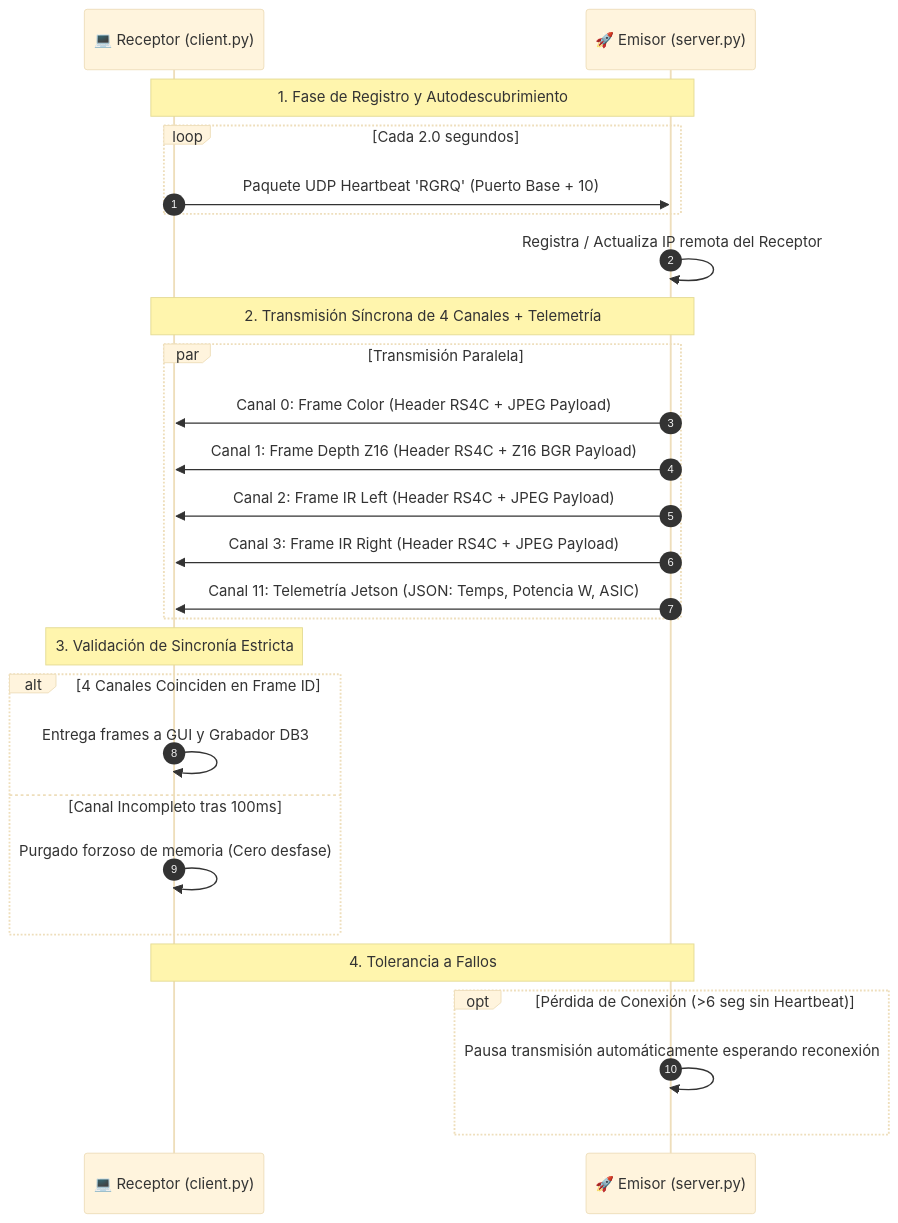
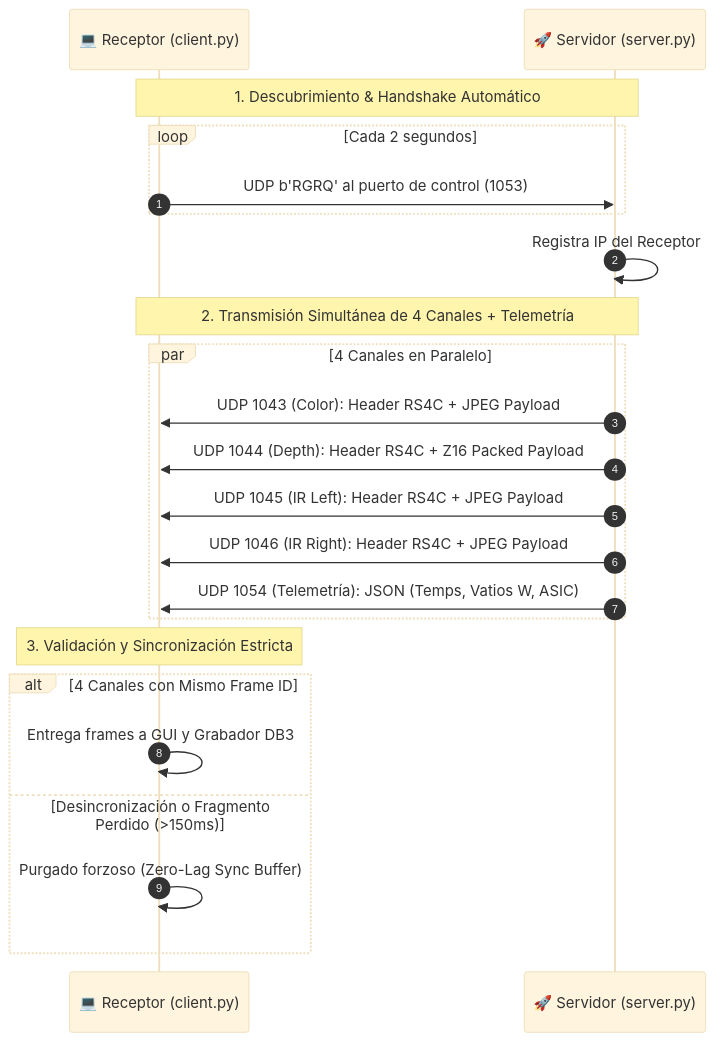
One commit to MangoTangoPea/Formato-RTSP-Jetson changed the second of 5 diagrams in README.md. Above: the diagram before and after it, drawn with Mermaid (base theme). The commit also changed other lines of this file, not shown here.

Commit message:
docs: rewrite README to include comprehensive installation, execution, and architectural documentation.

````diff
--- a/README.md
+++ b/README.md
@@ -98,33 +165,28 @@
 ```mermaid
 sequenceDiagram
     autonumber
     participant R as 💻 Receptor (client.py)
-    participant E as 🚀 Emisor (server.py)
+    participant S as 🚀 Servidor (server.py)
 
-    Note over R,E: 1. Fase de Registro y Autodescubrimiento
-    loop Cada 2.0 segundos
-        R->>E: Paquete UDP Heartbeat 'RGRQ' (Puerto Base + 10)
+    Note over R,S: 1. Descubrimiento & Handshake Automático
+    loop Cada 2 segundos
+        R->>S: UDP b'RGRQ' al puerto de control (1053)
     end
-    E->>E: Registra / Actualiza IP remota del Receptor
+    S->>S: Registra IP del Receptor
 
-    Note over R,E: 2. Transmisión Síncrona de 4 Canales + Telemetría
-    par Transmisión Paralela
-        E->>R: Canal 0: Frame Color (Header RS4C + JPEG Payload)
-        E->>R: Canal 1: Frame Depth Z16 (Header RS4C + Z16 BGR Payload)
-        E->>R: Canal 2: Frame IR Left (Header RS4C + JPEG Payload)
-        E->>R: Canal 3: Frame IR Right (Header RS4C + JPEG Payload)
-        E->>R: Canal 11: Telemetría Jetson (JSON: Temps, Potencia W, ASIC)
+    Note over R,S: 2. Transmisión Simultánea de 4 Canales + Telemetría
+    par 4 Canales en Paralelo
+        S->>R: UDP 1043 (Color): Header RS4C + JPEG Payload
+        S->>R: UDP 1044 (Depth): Header RS4C + Z16 Packed Payload
+        S->>R: UDP 1045 (IR Left): Header RS4C + JPEG Payload
+        S->>R: UDP 1046 (IR Right): Header RS4C + JPEG Payload
+        S->>R: UDP 1054 (Telemetría): JSON (Temps, Vatios W, ASIC)
     end
 
-    Note over R: 3. Validación de Sincronía Estricta
-    alt 4 Canales Coinciden en Frame ID
+    Note over R: 3. Validación y Sincronización Estricta
+    alt 4 Canales con Mismo Frame ID
         R->>R: Entrega frames a GUI y Grabador DB3
-    else Canal Incompleto tras 100ms
-        R->>R: Purgado forzoso de memoria (Cero desfase)
-    end
-
-    Note over R,E: 4. Tolerancia a Fallos
-    opt Pérdida de Conexión (>6 seg sin Heartbeat)
-        E->>E: Pausa transmisión automáticamente esperando reconexión
+    else Desincronización o Fragmento Perdido (>150ms)
+        R->>R: Purgado forzoso (Zero-Lag Sync Buffer)
     end
 ```
````
